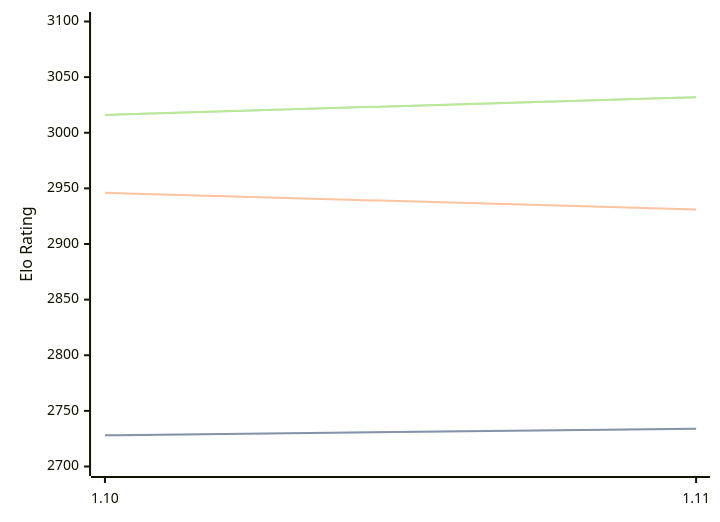
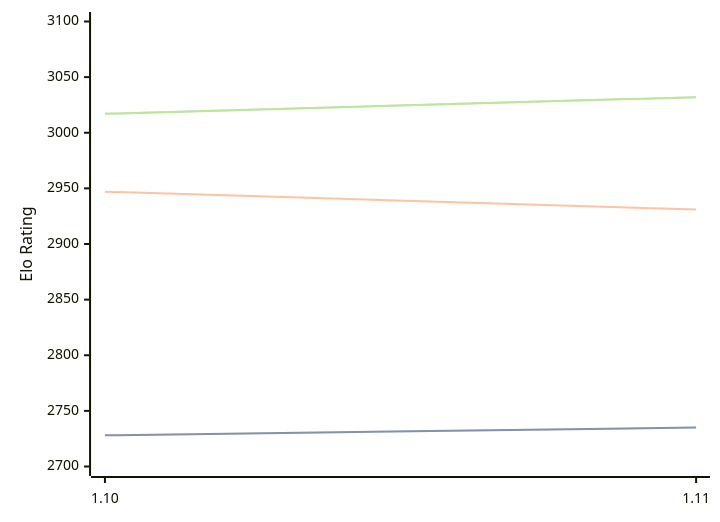
One commit to computer-chess-index/cci changed the diagram in engines/Roc.md. Above: the diagram before and after it, drawn with Mermaid. The commit also changed other lines of this file, not shown here.

Commit message:
Update CCI Ratings (ELO VLTC) - 2026-05-22

````diff
--- a/engines/Roc.md
+++ b/engines/Roc.md
@@ -65,11 +65,11 @@
 ```mermaid
 %%{init: {"theme":"base","themeVariables":{"seriesColors:['#a3a3a3','#222221','#faa371']}}}%%
 xychart-beta
   x-axis ["1.10", "1.11"]
   y-axis "Elo Rating" 2700 --> 3100
-  line "STC (8.0+0.08s)" [2728, 2734]
-  line "STC (8.0+0.08s)" [2728, 2734]
-  line "LTC (60.0+0.60s)" [2946, 2931]
-  line "VLTC (2m24s+1.12s)" [3016, 3032]
-  line "VLTC (2m24s+1.12s)" [3016, 3032]
+  line "STC (8.0+0.08s)" [2728, 2735]
+  line "STC (8.0+0.08s)" [2728, 2735]
+  line "LTC (60.0+0.60s)" [2947, 2931]
+  line "VLTC (2m24s+1.12s)" [3017, 3032]
+  line "VLTC (2m24s+1.12s)" [3017, 3032]
 ```
````
